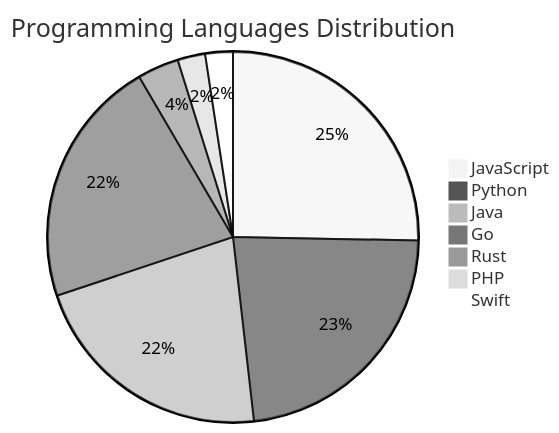
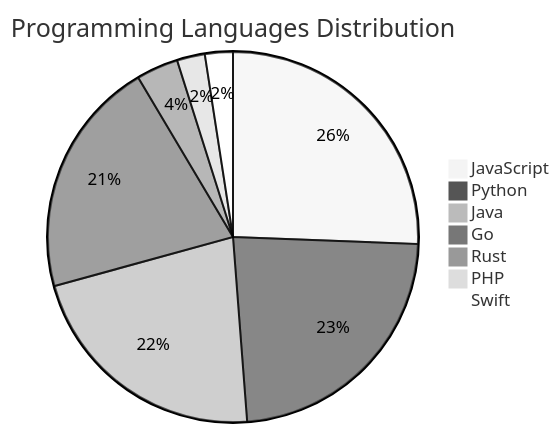
One commit to Derrick-MUGISHA/github-activity-bot changed the diagram in README.md. Above: the diagram before and after it, drawn with Mermaid (neutral theme). The commit also changed other lines of this file and 3 other files, not shown here.

````diff
--- a/README.md
+++ b/README.md
@@ -73,10 +73,10 @@
 ```mermaid
 pie title Programming Languages Distribution
     "JavaScript" : 21
     "Python" : 19
     "Java" : 18
-    "Go" : 18
+    "Go" : 17
     "Rust" : 3
     "PHP" : 2
     "Swift" : 2
 ```
````
